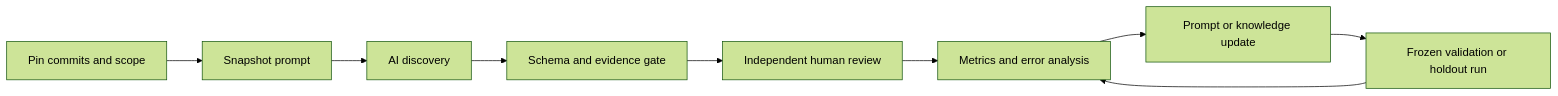
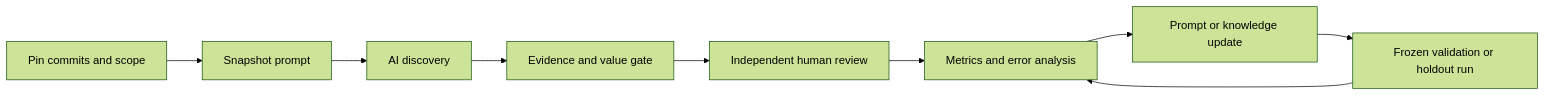
Before and after one commit to Schleifner/wasm-defect-analysis: the diagram in docs/methodology.md, drawn with Mermaid (forest theme). The commit also changed other lines of this file and 18 other files, not shown here.

````diff
--- a/docs/methodology.md
+++ b/docs/methodology.md
@@ -15,11 +15,11 @@
 ```mermaid
 flowchart LR
     A[Pin commits and scope] --> B[Snapshot prompt]
     B --> C[AI discovery]
-    C --> D[Schema and evidence gate]
+    C --> D[Evidence and value gate]
     D --> E[Independent human review]
     E --> F[Metrics and error analysis]
     F --> G[Prompt or knowledge update]
     G --> H[Frozen validation or holdout run]
     H --> F
 ```
````
